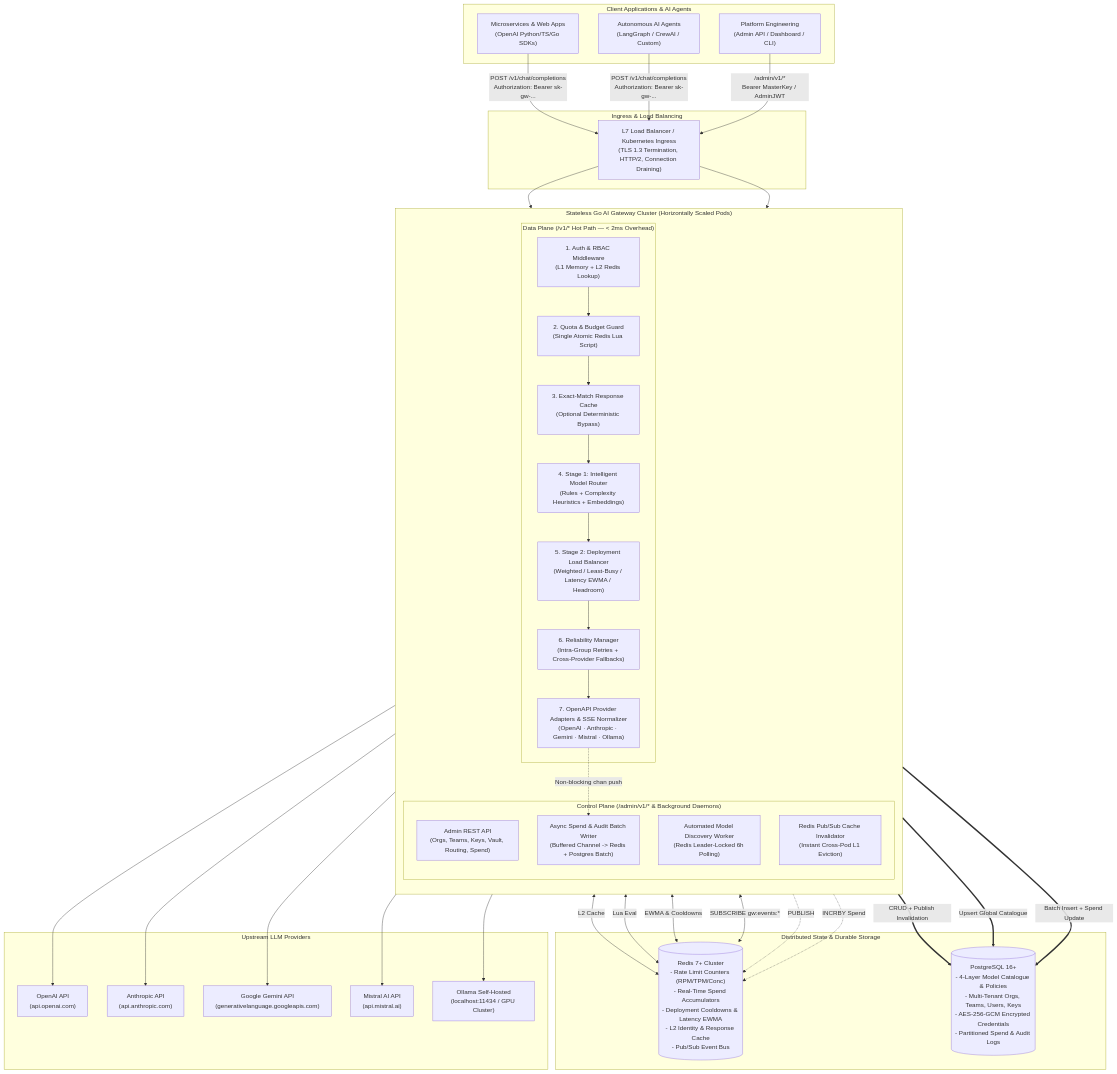
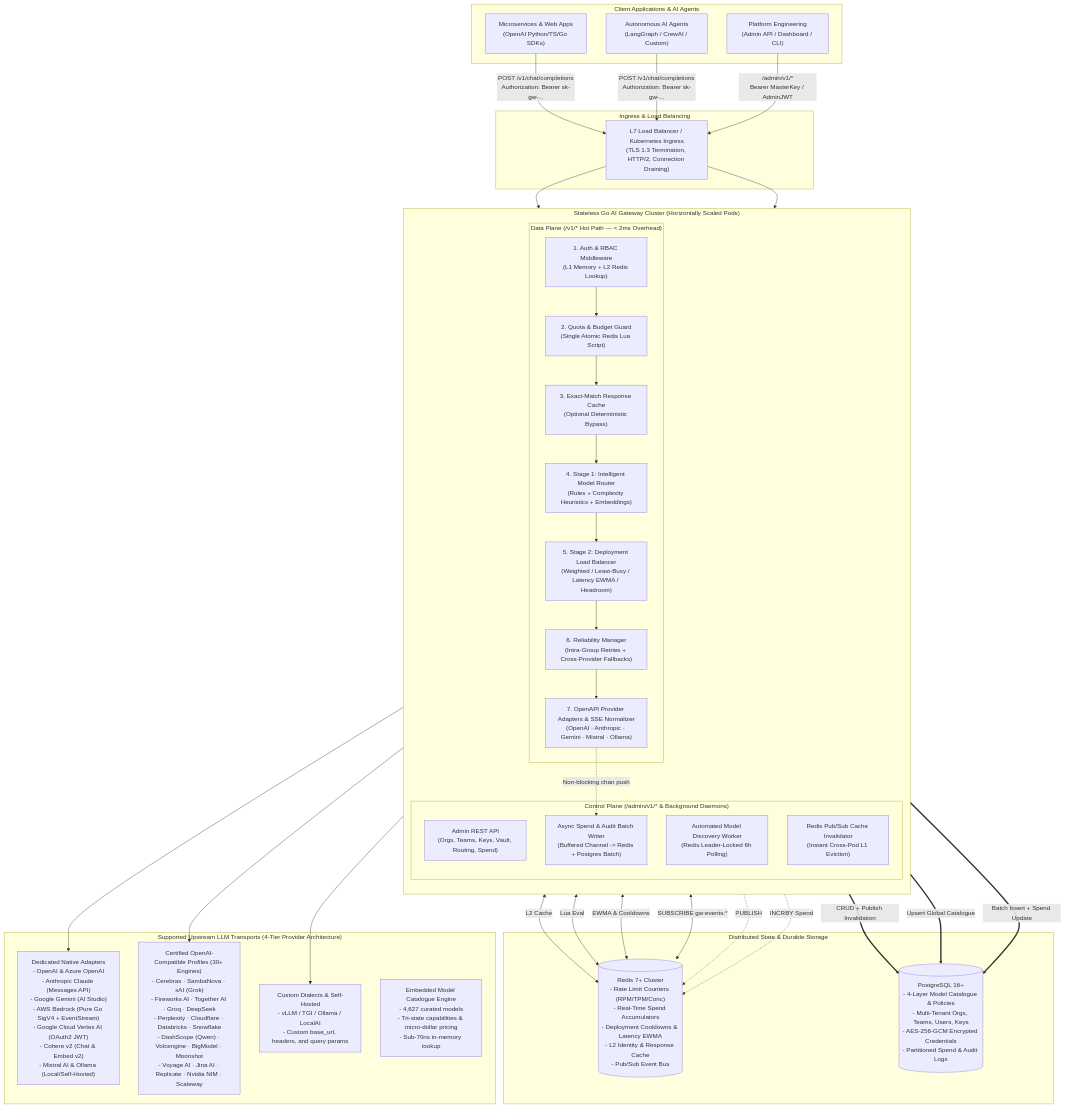
One commit to goroute-ai/ai-gateway-go changed the first of 6 diagrams in docs/ARCHITECTURE.md. Above: the diagram before and after it, drawn with Mermaid. The commit also changed other lines of this file and 54 other files, not shown here.

Commit message:
feat(provider): universal ai provider architecture, model catalog engine, bedrock, vertex ai, cohere adapters, and multi-tenant authorization

````diff
--- a/docs/ARCHITECTURE.md
+++ b/docs/ARCHITECTURE.md
@@ -107,65 +107,64 @@
 ```mermaid
 flowchart TB
     subgraph Clients["Client Applications & AI Agents"]
         App1["Microservices & Web Apps\n(OpenAI Python/TS/Go SDKs)"]
         App2["Autonomous AI Agents\n(LangGraph / CrewAI / Custom)"]
         Admin["Platform Engineering\n(Admin API / Dashboard / CLI)"]
     end
 
     subgraph Edge["Ingress & Load Balancing"]
         LB["L7 Load Balancer / Kubernetes Ingress\n(TLS 1.3 Termination, HTTP/2, Connection Draining)"]
     end
 
     subgraph Cluster["Stateless Go AI Gateway Cluster (Horizontally Scaled Pods)"]
         direction TB
         subgraph DataPlane["Data Plane (/v1/* Hot Path — < 2ms Overhead)"]
             AuthMW["1. Auth & RBAC Middleware\n(L1 Memory + L2 Redis Lookup)"]
             RateLimitMW["2. Quota & Budget Guard\n(Single Atomic Redis Lua Script)"]
             RespCache["3. Exact-Match Response Cache\n(Optional Deterministic Bypass)"]
             Stage1Router["4. Stage 1: Intelligent Model Router\n(Rules + Complexity Heuristics + Embeddings)"]
             Stage2LB["5. Stage 2: Deployment Load Balancer\n(Weighted / Least-Busy / Latency EWMA / Headroom)"]
             Reliability["6. Reliability Manager\n(Intra-Group Retries + Cross-Provider Fallbacks)"]
             AdapterLayer["7. OpenAPI Provider Adapters & SSE Normalizer\n(OpenAI · Anthropic · Gemini · Mistral · Ollama)"]
         end
 
         subgraph ControlPlane["Control Plane (/admin/v1/* & Background Daemons)"]
             AdminAPI["Admin REST API\n(Orgs, Teams, Keys, Vault, Routing, Spend)"]
             DiscoveryWorker["Automated Model Discovery Worker\n(Redis Leader-Locked 6h Polling)"]
             SpendWorker["Async Spend & Audit Batch Writer\n(Buffered Channel -> Redis + Postgres Batch)"]
             PubSubInvalidator["Redis Pub/Sub Cache Invalidator\n(Instant Cross-Pod L1 Eviction)"]
         end
     end
 
     subgraph BackingStores["Distributed State & Durable Storage"]
         Redis[("Redis 7+ Cluster\n- Rate Limit Counters (RPM/TPM/Conc)\n- Real-Time Spend Accumulators\n- Deployment Cooldowns & Latency EWMA\n- L2 Identity & Response Cache\n- Pub/Sub Event Bus")]
         Postgres[("PostgreSQL 16+\n- 4-Layer Model Catalogue & Policies\n- Multi-Tenant Orgs, Teams, Users, Keys\n- AES-256-GCM Encrypted Credentials\n- Partitioned Spend & Audit Logs")]
     end
 
-    subgraph Upstreams["Upstream LLM Providers"]
-        OpenAI["OpenAI API\n(api.openai.com)"]
-        Anthropic["Anthropic API\n(api.anthropic.com)"]
-        Gemini["Google Gemini API\n(generativelanguage.googleapis.com)"]
-        Mistral["Mistral AI API\n(api.mistral.ai)"]
-        Ollama["Ollama Self-Hosted\n(localhost:11434 / GPU Cluster)"]
+    subgraph Upstreams["Supported Upstream LLM Transports (4-Tier Provider Architecture)"]
+        Native["Dedicated Native Adapters\n- OpenAI & Azure OpenAI\n- Anthropic Claude (Messages API)\n- Google Gemini (AI Studio)\n- AWS Bedrock (Pure Go SigV4 + EventStream)\n- Google Cloud Vertex AI (OAuth2 JWT)\n- Cohere v2 (Chat & Embed v2)\n- Mistral AI & Ollama (Local/Self-Hosted)"]
+        CompatProfiles["Certified OpenAI-Compatible Profiles (30+ Engines)\n- Cerebras · SambaNova · xAI (Grok)\n- Fireworks AI · Together AI · Groq · DeepSeek\n- Perplexity · Cloudflare · Databricks · Snowflake\n- DashScope (Qwen) · Volcengine · BigModel · Moonshot\n- Voyage AI · Jina AI · Replicate · Nvidia NIM · Scaleway"]
+        CustomDialect["Custom Dialects & Self-Hosted\n- vLLM / TGI / Ollama / LocalAI\n- Custom base_url, headers, and query params"]
+        CatalogEngine["Embedded Model Catalogue Engine\n- 4,627 curated models\n- Tri-state capabilities & micro-dollar pricing\n- Sub-70ns in-memory lookup"]
     end
 
     App1 & App2 -->|"POST /v1/chat/completions\nAuthorization: Bearer sk-gw-..."| LB
     Admin -->|" /admin/v1/*\nBearer MasterKey / AdminJWT"| LB
     LB --> AuthMW
     LB --> AdminAPI
 
     AuthMW --> RateLimitMW --> RespCache --> Stage1Router --> Stage2LB --> Reliability --> AdapterLayer
     AdapterLayer -.->|"Non-blocking chan push"| SpendWorker
 
     AuthMW <-->|"L2 Cache"| Redis
     RateLimitMW <-->|"Lua Eval"| Redis
     Stage2LB <-->|"EWMA & Cooldowns"| Redis
     PubSubInvalidator <-->|"SUBSCRIBE gw:events:*"| Redis
     AdminAPI ==>|"CRUD + Publish Invalidation"| Postgres
     AdminAPI -.->|"PUBLISH"| Redis
     DiscoveryWorker ==>|"Upsert Global Catalogue"| Postgres
     SpendWorker ==>|"Batch Insert + Spend Update"| Postgres
     SpendWorker -.->|"INCRBY Spend"| Redis
 
-    AdapterLayer --> OpenAI & Anthropic & Gemini & Mistral & Ollama
+    AdapterLayer --> Native & CompatProfiles & CustomDialect
 ```
````
